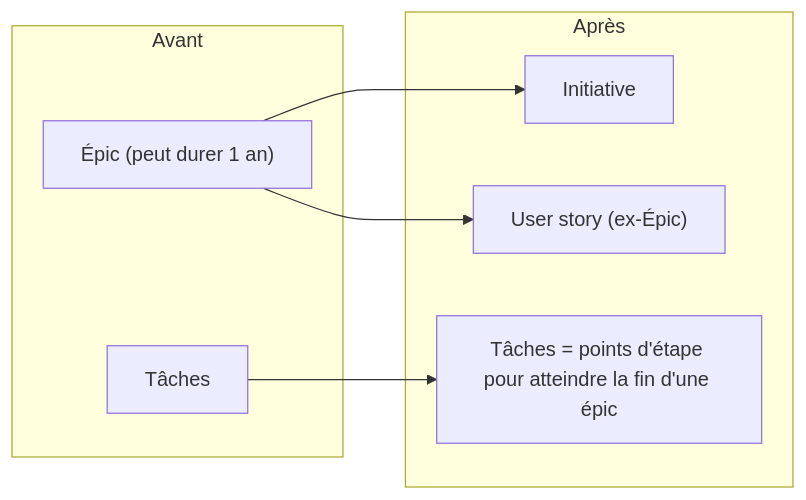
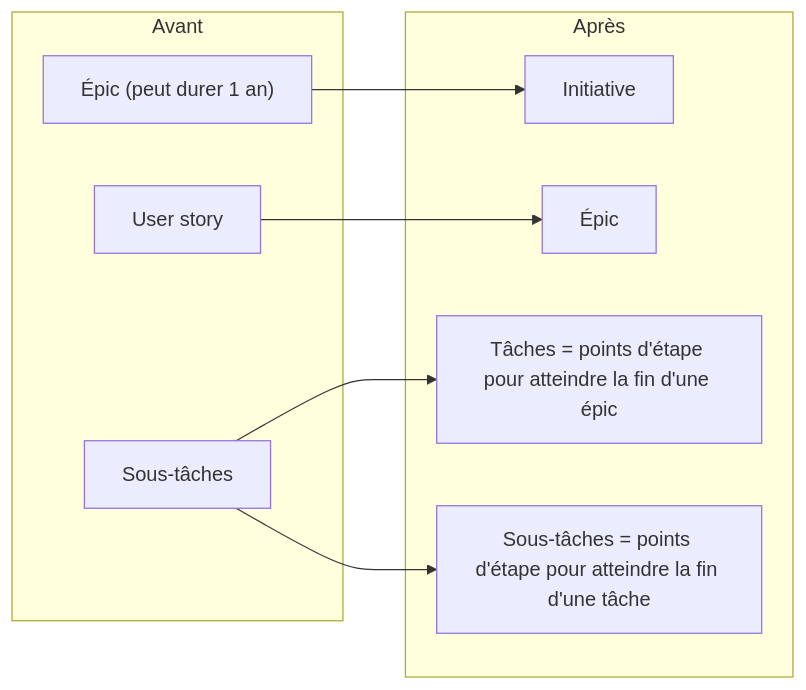
The second of 2 diagrams in README.md (arioual-utech/airflows), drawn with Mermaid before and after one commit. The commit also changed other lines of this file, not shown here.

Commit message:
Modification du diagramme dans le README.md pour clarifier la hiérarchie des tickets, en remplaçant "Tâches" par "Sous-tâches" et en ajustant les relations entre les éléments pour mieux représenter le flux de travail agile.

````diff
--- a/README.md
+++ b/README.md
@@ -74,15 +74,18 @@
 ```mermaid
   flowchart LR
   subgraph "Avant"
     E1["Épic (peut durer 1 an)"]
-    T1["Tâches"]
+    US1["User story"]
+    T1["Sous-tâches"]
   end
   subgraph "Après"
     I1["Initiative"]
-    US1["User story (ex-Épic)"]
+    US2["Épic"]
     T2["Tâches = points d'étape pour atteindre la fin d'une épic"]
+    ST1["Sous-tâches = points d'étape pour atteindre la fin d'une tâche"]
   end
   E1 --> I1
-  E1 --> US1
+  US1 --> US2
   T1 --> T2
+  T1 --> ST1
 ```
````
